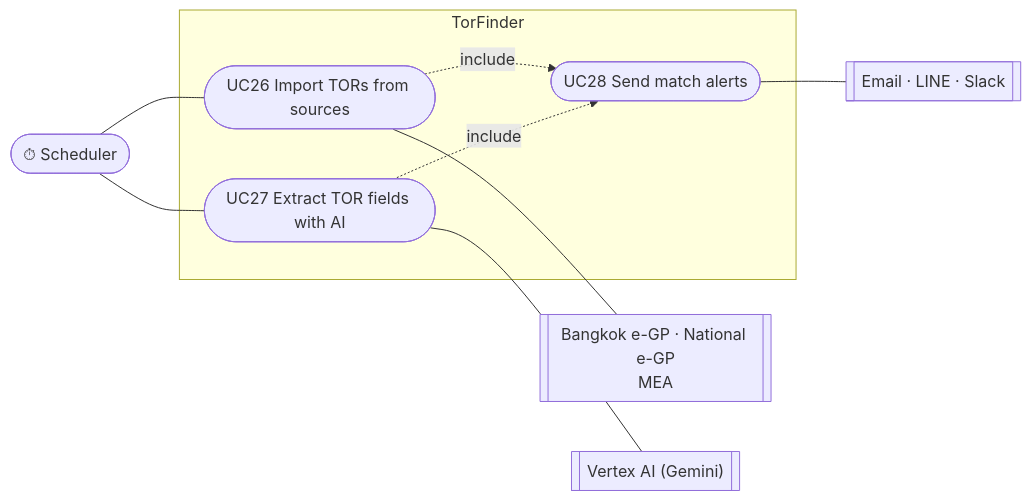
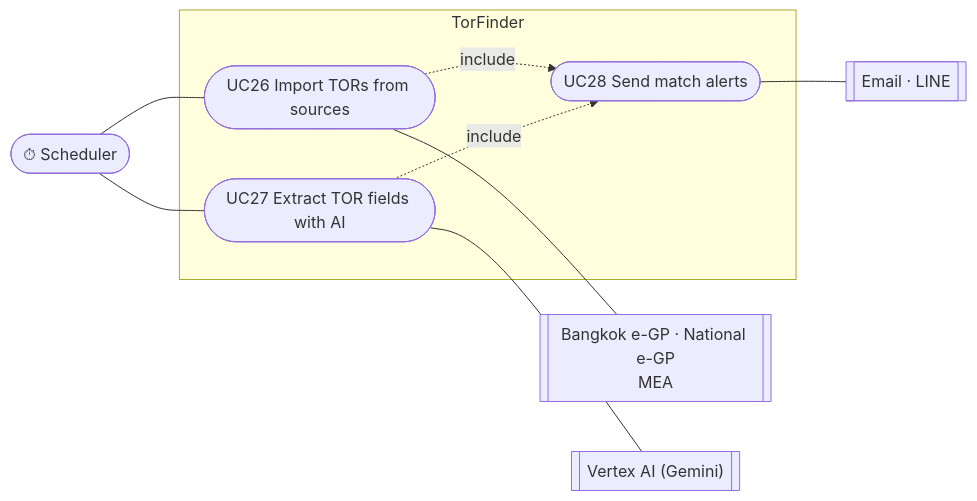
The fourth of 4 diagrams in docs/design/use-case.md (PhomMaiWai/TorFinder), drawn with Mermaid before and after one commit. The commit also changed other lines of this file and 29 other files, not shown here.

````diff
--- a/docs/design/use-case.md
+++ b/docs/design/use-case.md
@@ -102,20 +102,20 @@
 ```mermaid
 flowchart LR
     Scheduler(["⏱ Scheduler"])
     Sources[["Bangkok e-GP · National e-GP<br/>MEA"]]
     Vertex[["Vertex AI (Gemini)"]]
-    Channels[["Email · LINE · Slack"]]
+    Channels[["Email · LINE"]]
 
     subgraph TorFinder["TorFinder"]
         UC26(["UC26 Import TORs from sources"])
         UC27(["UC27 Extract TOR fields with AI"])
         UC28(["UC28 Send match alerts"])
     end
 
     Scheduler --- UC26 & UC27
     UC26 -. include .-> UC28
     UC27 -. include .-> UC28
     UC26 --- Sources
     UC27 --- Vertex
     UC28 --- Channels
 ```
````
